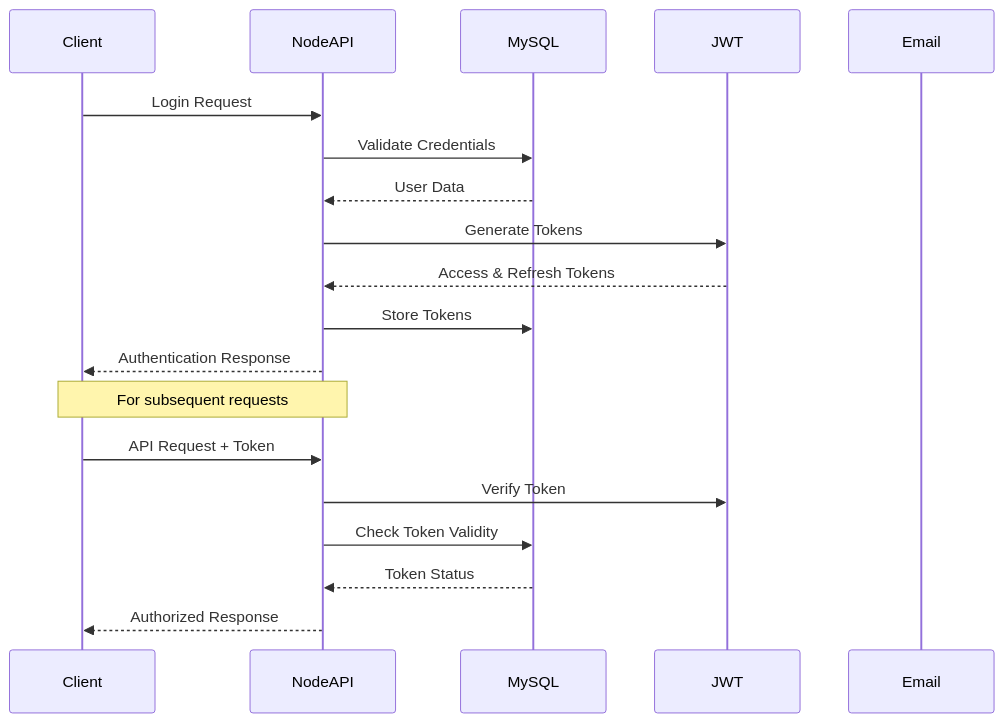
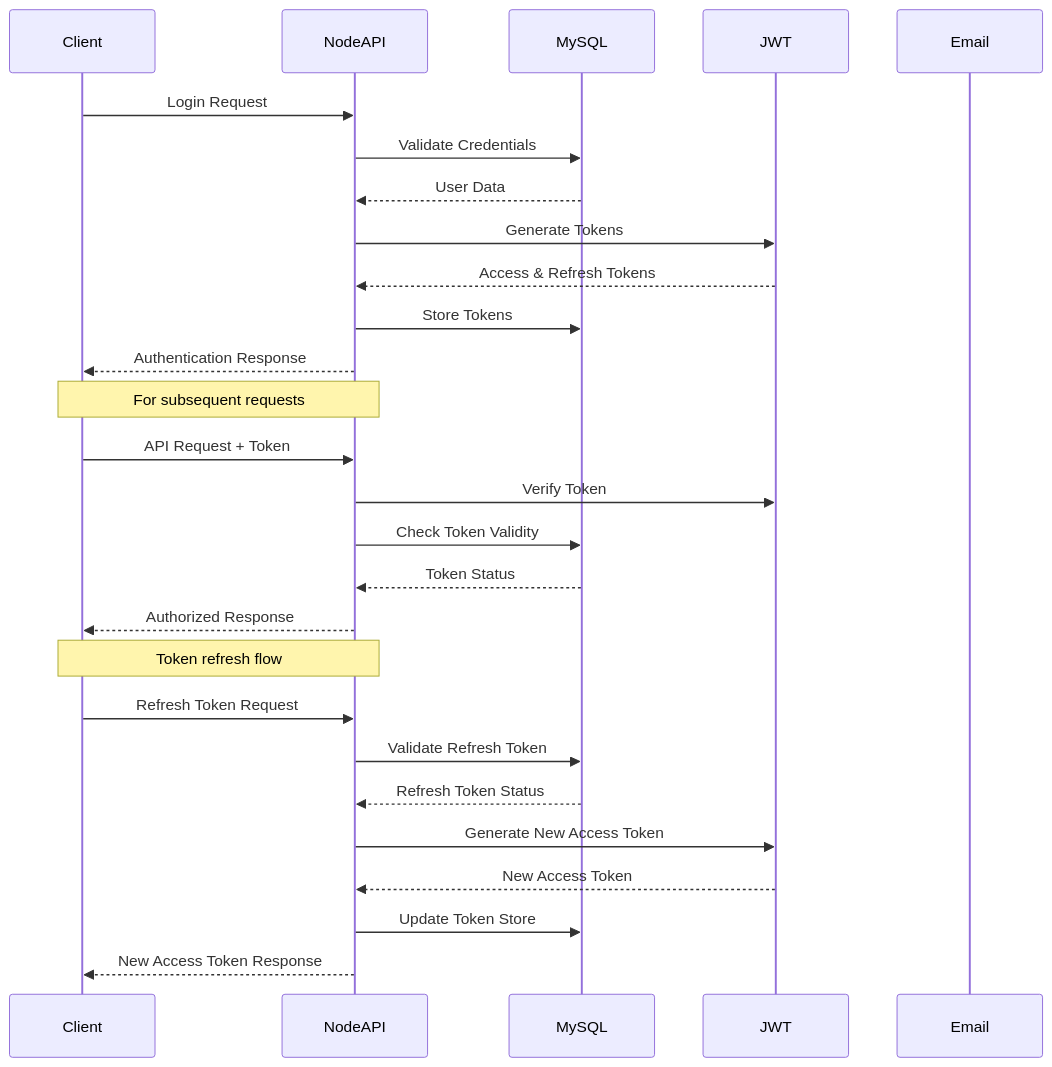
One commit to rohit-879/test changed the sixth of 9 diagrams in readme.md. Above: the diagram before and after it, drawn with Mermaid. The commit also changed other lines of this file, not shown here.

````diff
--- a/readme.md
+++ b/readme.md
@@ -275,23 +223,32 @@
 ```mermaid
 sequenceDiagram
     participant Client
     participant NodeAPI
     participant MySQL
     participant JWT
     participant Email
     
     Client->>NodeAPI: Login Request
     NodeAPI->>MySQL: Validate Credentials
     MySQL-->>NodeAPI: User Data
     NodeAPI->>JWT: Generate Tokens
     JWT-->>NodeAPI: Access & Refresh Tokens
     NodeAPI->>MySQL: Store Tokens
     NodeAPI-->>Client: Authentication Response
     
     Note over Client,NodeAPI: For subsequent requests
     Client->>NodeAPI: API Request + Token
     NodeAPI->>JWT: Verify Token
     NodeAPI->>MySQL: Check Token Validity
     MySQL-->>NodeAPI: Token Status
     NodeAPI-->>Client: Authorized Response
+    
+    Note over Client,NodeAPI: Token refresh flow
+    Client->>NodeAPI: Refresh Token Request
+    NodeAPI->>MySQL: Validate Refresh Token
+    MySQL-->>NodeAPI: Refresh Token Status
+    NodeAPI->>JWT: Generate New Access Token
+    JWT-->>NodeAPI: New Access Token
+    NodeAPI->>MySQL: Update Token Store
+    NodeAPI-->>Client: New Access Token Response
 ```
````
